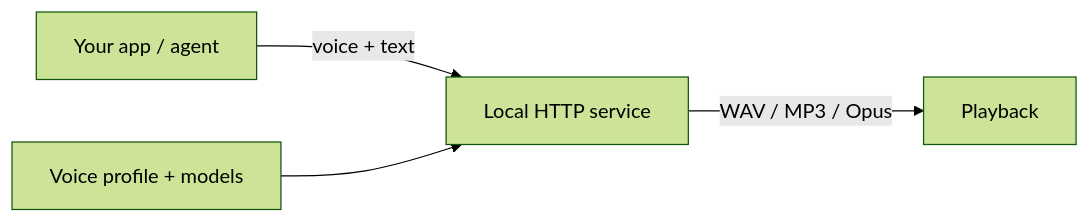
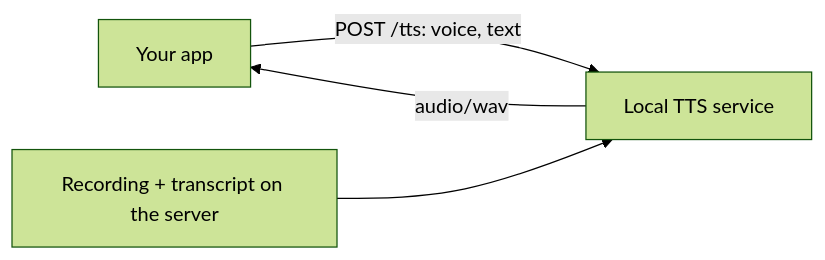
Before and after one commit to ricardomlee/gpt-sovits-rs: the diagram in README.md, drawn with Mermaid (forest theme). The commit also changed other lines of this file and 2 other files, not shown here.

Commit message:
Walk readers from the demo recording to their own sentence (#54)

````diff
--- a/README.md
+++ b/README.md
@@ -62,6 +71,6 @@
 ```mermaid
 flowchart LR
-    App["Your app / agent"] -->|"voice + text"| Service["Local HTTP service"]
-    Voice["Voice profile + models"] --> Service
-    Service -->|"WAV / MP3 / Opus"| Audio["Playback"]
+    App["Your app"] -->|"POST /tts: voice, text"| Service["Local TTS service"]
+    Voice["Recording + transcript on the server"] --> Service
+    Service -->|"audio/wav"| App
 ```
````
